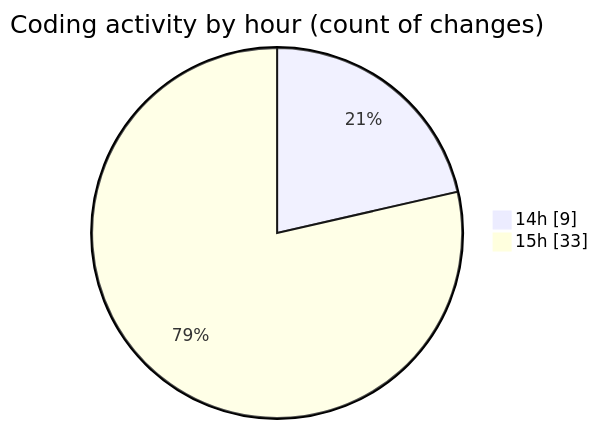
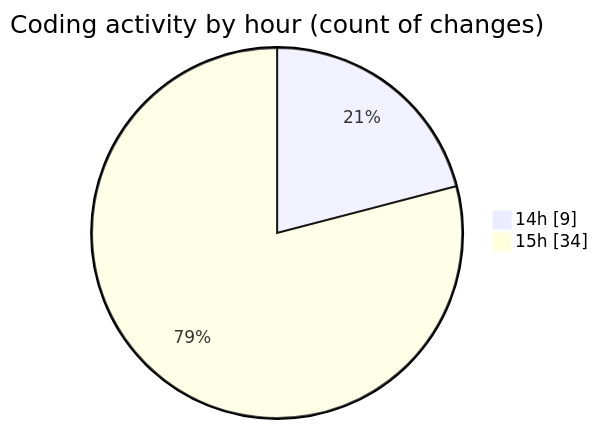
One commit to Ritupan-Deka/code-tracking changed the second of 2 diagrams in 2025-06-17/projects/README.md. Above: the diagram before and after it, drawn with Mermaid. The commit also changed other lines of this file and 1 other file, not shown here.

````diff
--- a/2025-06-17/projects/README.md
+++ b/2025-06-17/projects/README.md
@@ -29,6 +29,6 @@
 ```mermaid
 pie showData
 title Coding activity by hour (count of changes)
 "14h" : 9
-"15h" : 33
+"15h" : 34
 ```
````
